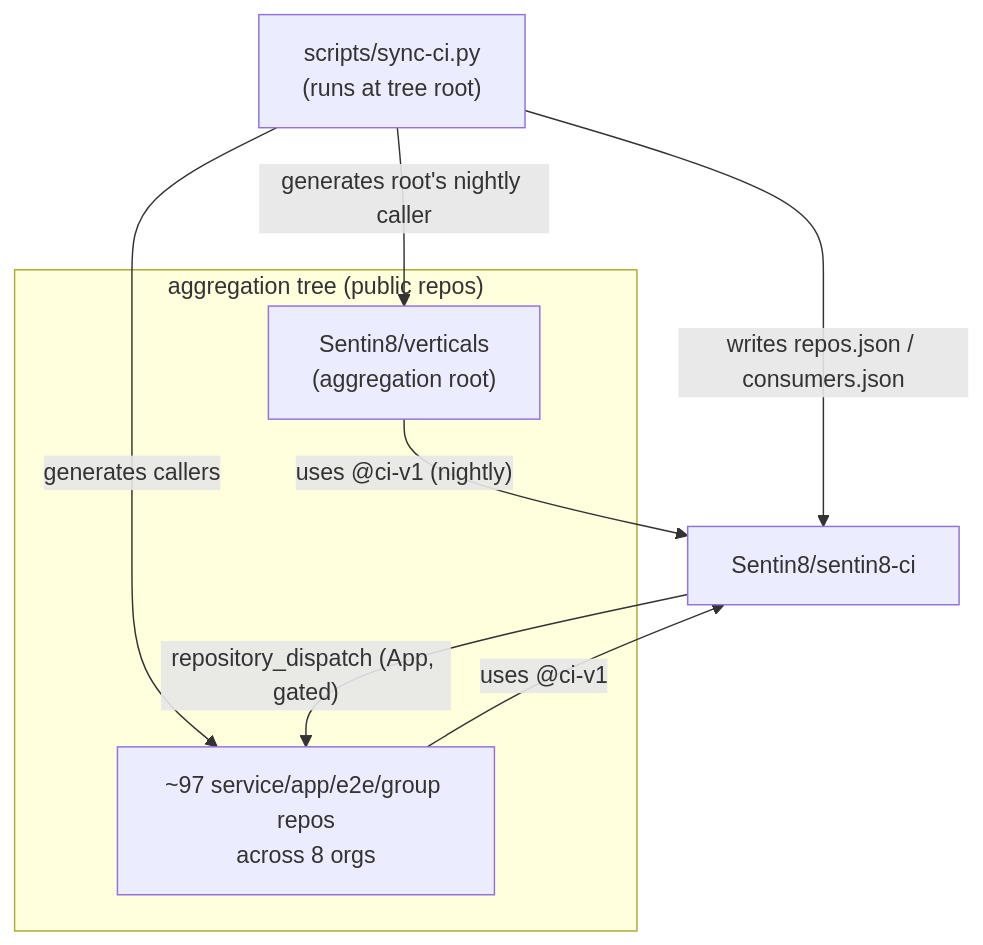
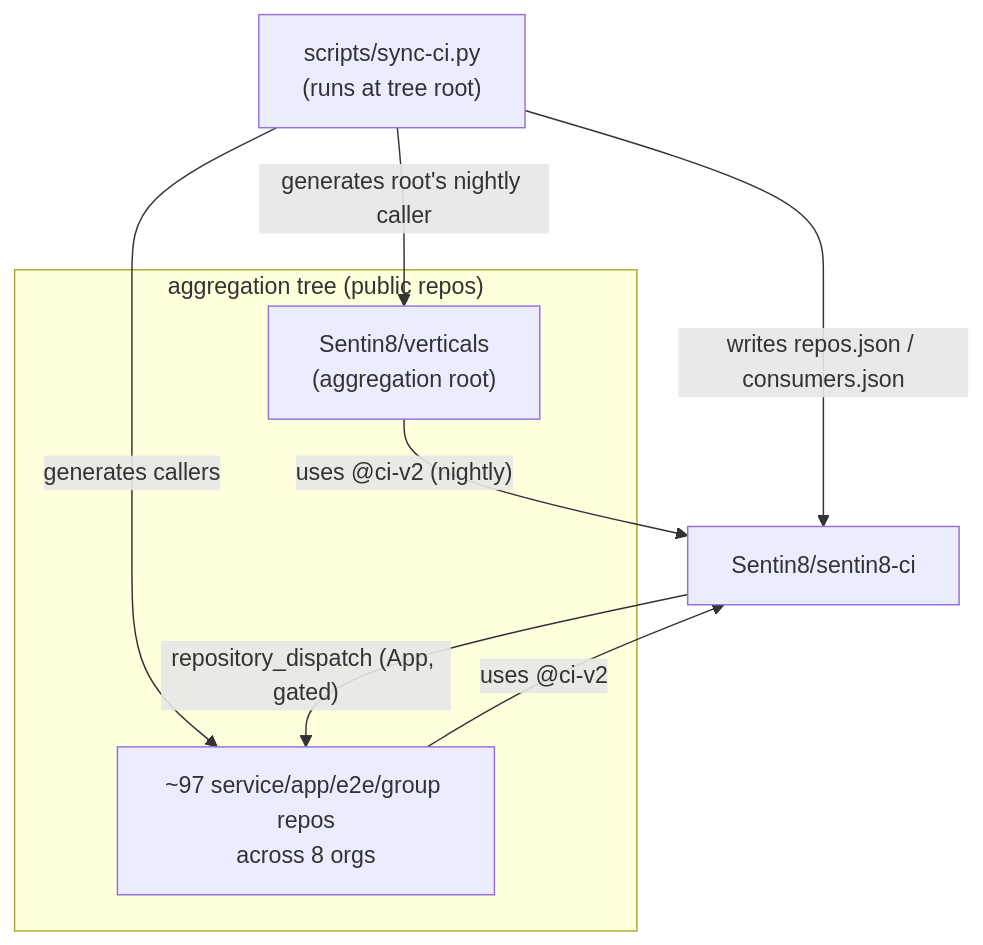
The first of 8 diagrams in DESIGN.md (Sentin8/sentin8-ci), drawn with Mermaid before and after one commit. The commit also changed other lines of this file and 5 other files, not shown here.

````diff
--- a/DESIGN.md
+++ b/DESIGN.md
@@ -37,15 +38,15 @@
 ```mermaid
 graph TD
     subgraph Tree["aggregation tree (public repos)"]
         RR["Sentin8/verticals<br/>(aggregation root)"]
         R["~97 service/app/e2e/group repos<br/>across 8 orgs"]
     end
     C["Sentin8/sentin8-ci"]
     S["scripts/sync-ci.py<br/>(runs at tree root)"]
     S -- "generates callers" --> R
     S -- "generates root's nightly caller" --> RR
     S -- "writes repos.json / consumers.json" --> C
-    R -- "uses @ci-v1" --> C
-    RR -- "uses @ci-v1 (nightly)" --> C
+    R -- "uses @ci-v2" --> C
+    RR -- "uses @ci-v2 (nightly)" --> C
     C -- "repository_dispatch (App, gated)" --> R
 ```
````
